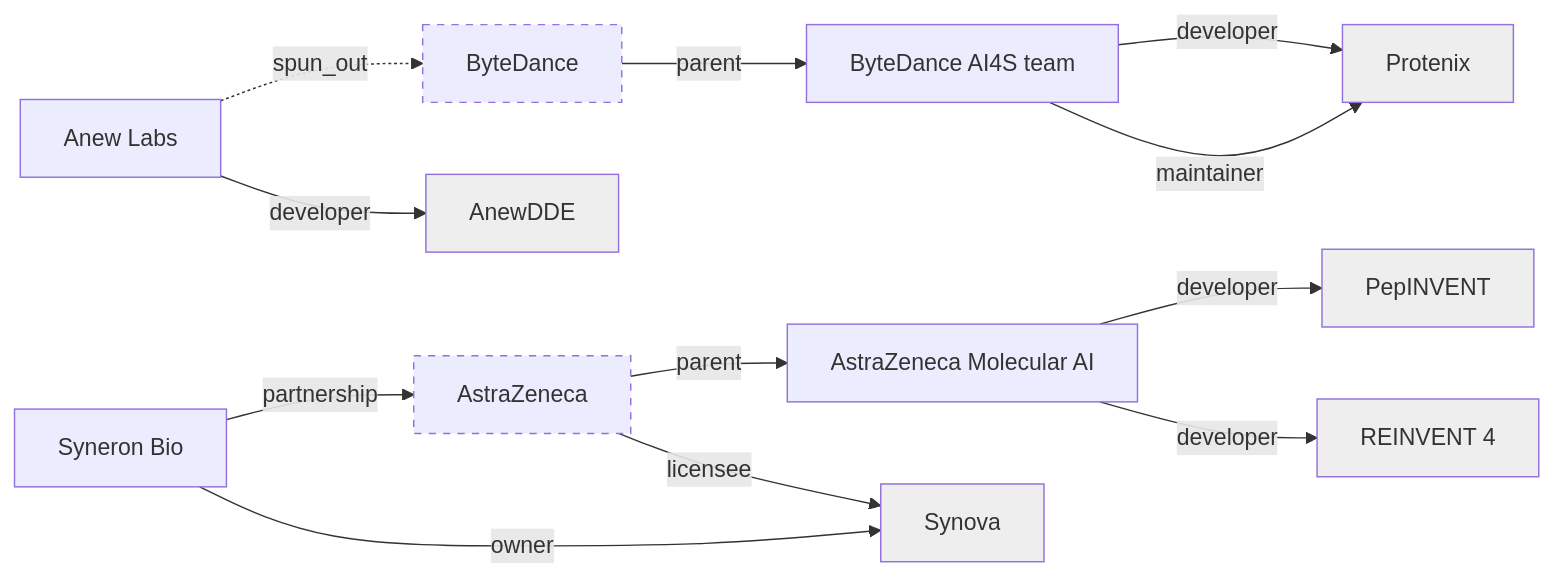
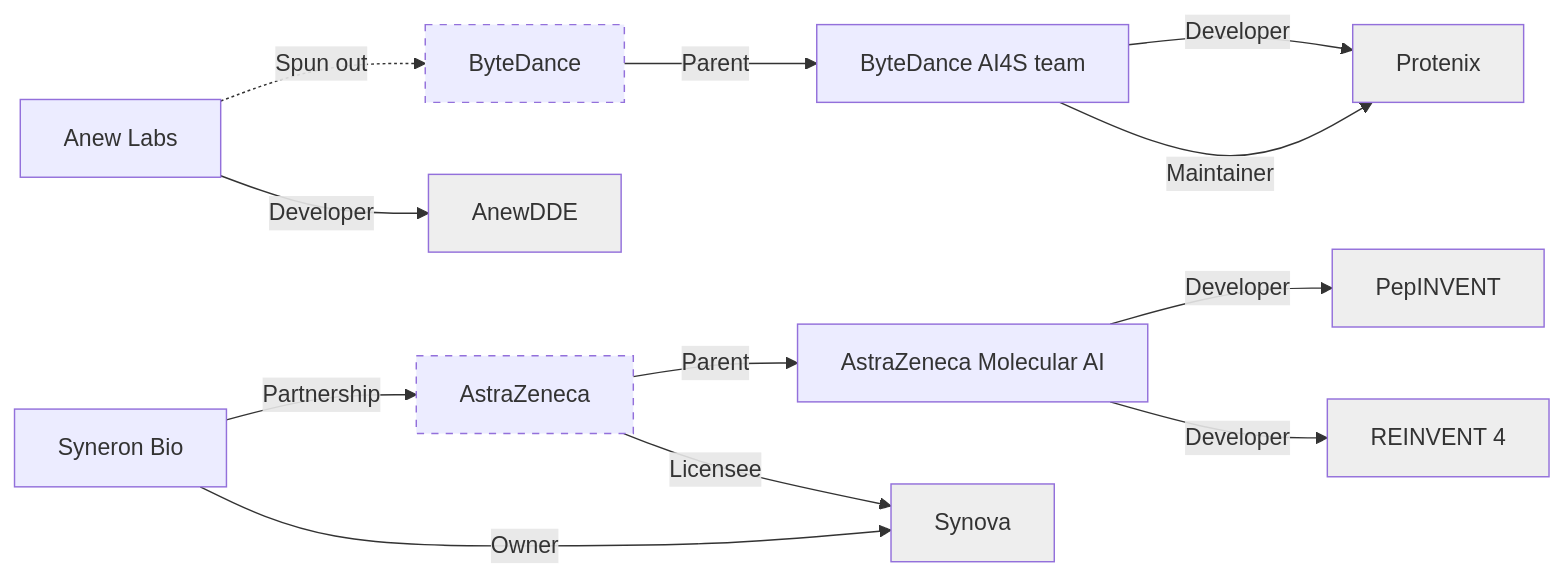
Before and after one commit to zhaisilong/awesome-peptide-company: the diagram in index/lineage.md, drawn with Mermaid. The commit also changed other lines of this file and 31 other files, not shown here.

````diff
--- a/index/lineage.md
+++ b/index/lineage.md
@@ -3,27 +5,27 @@
 ```mermaid
 flowchart LR
     e0["Anew Labs"]
     e1["AstraZeneca"]:::stub
     e2["AstraZeneca Molecular AI"]
     e3["ByteDance"]:::stub
     e4["ByteDance AI4S team"]
     e5["Syneron Bio"]
     a0["AnewDDE"]:::asset
     a1["PepINVENT"]:::asset
     a2["Protenix"]:::asset
     a3["REINVENT 4"]:::asset
     a4["Synova"]:::asset
-    e0 -.->|"spun_out"| e3
-    e1 -->|"parent"| e2
-    e3 -->|"parent"| e4
-    e5 -->|"partnership"| e1
-    e0 -->|"developer"| a0
-    e1 -->|"licensee"| a4
-    e2 -->|"developer"| a1
-    e2 -->|"developer"| a3
-    e4 -->|"developer"| a2
-    e4 -->|"maintainer"| a2
-    e5 -->|"owner"| a4
+    e0 -.->|"Spun out"| e3
+    e1 -->|"Parent"| e2
+    e3 -->|"Parent"| e4
+    e5 -->|"Partnership"| e1
+    e0 -->|"Developer"| a0
+    e1 -->|"Licensee"| a4
+    e2 -->|"Developer"| a1
+    e2 -->|"Developer"| a3
+    e4 -->|"Developer"| a2
+    e4 -->|"Maintainer"| a2
+    e5 -->|"Owner"| a4
     classDef stub stroke-dasharray: 5 5
     classDef asset fill:#eeeeee
 ```
````
